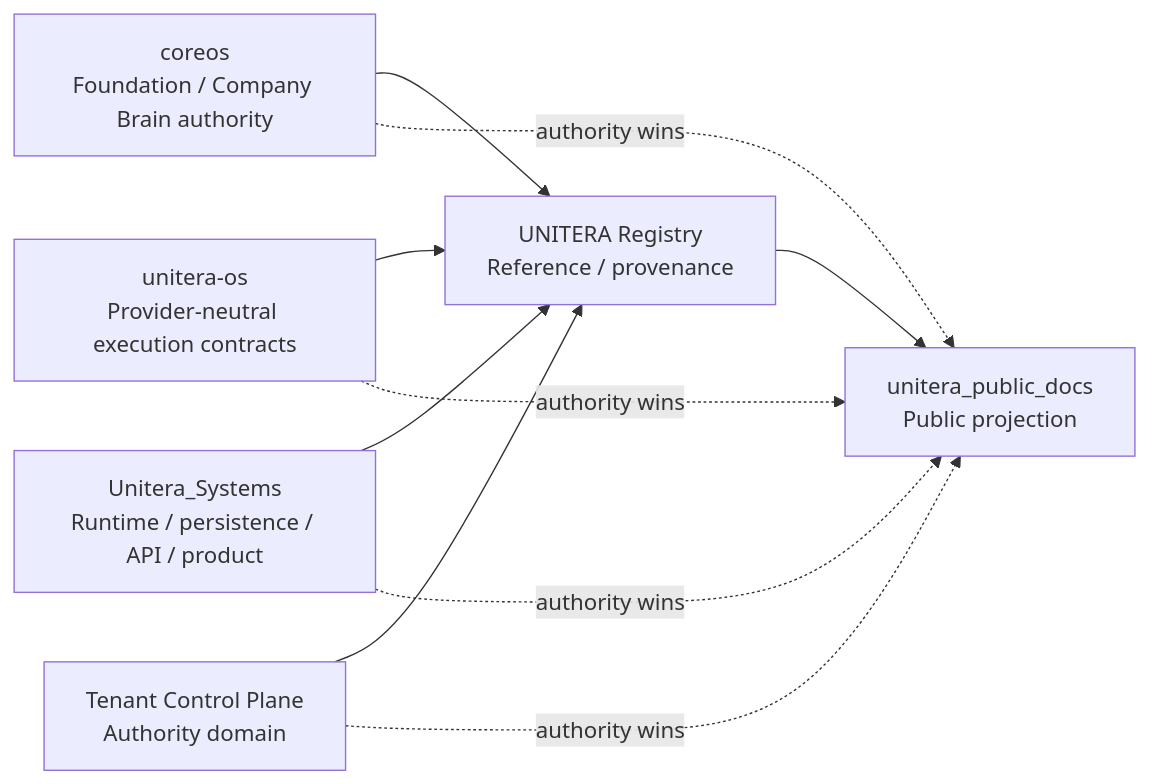
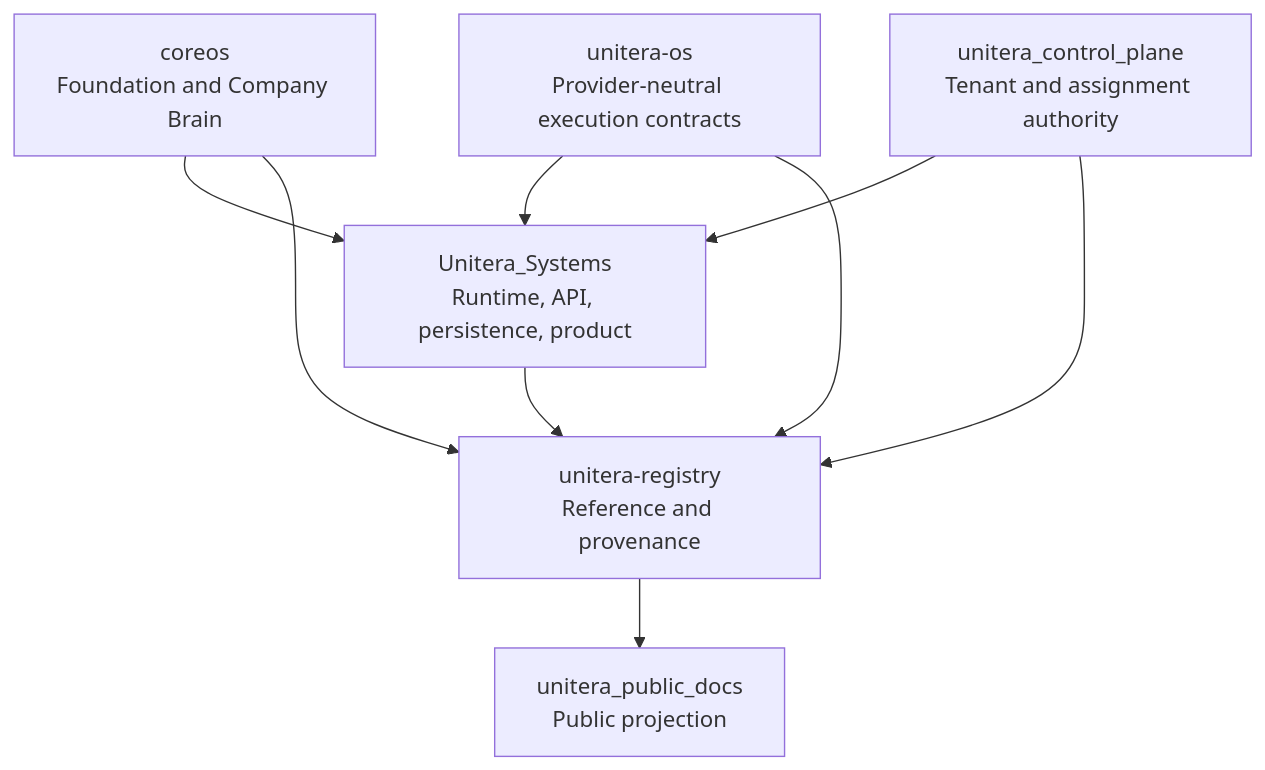
The second of 2 diagrams in README.md (baum777/unitera_public_docs), drawn with Mermaid before and after one commit. The commit also changed other lines of this file and 12 other files, not shown here.

Commit message:
docs: reconcile public architecture and current state

````diff
--- a/README.md
+++ b/README.md
@@ -26,13 +26,11 @@
 ```mermaid
-flowchart LR
-    C[coreos<br/>Foundation / Company Brain authority] --> R[UNITERA Registry<br/>Reference / provenance]
-    O[unitera-os<br/>Provider-neutral execution contracts] --> R
-    S[Unitera_Systems<br/>Runtime / persistence / API / product] --> R
-    T[Tenant Control Plane<br/>Authority domain] --> R
+flowchart TB
+    C[coreos<br/>Foundation and Company Brain] --> S[Unitera_Systems<br/>Runtime, API, persistence, product]
+    O[unitera-os<br/>Provider-neutral execution contracts] --> S
+    T[unitera_control_plane<br/>Tenant and assignment authority] --> S
+    C --> R[unitera-registry<br/>Reference and provenance]
+    O --> R
+    T --> R
+    S --> R
     R --> D[unitera_public_docs<br/>Public projection]
-
-    C -. authority wins .-> D
-    O -. authority wins .-> D
-    S -. authority wins .-> D
-    T -. authority wins .-> D
 ```
````
